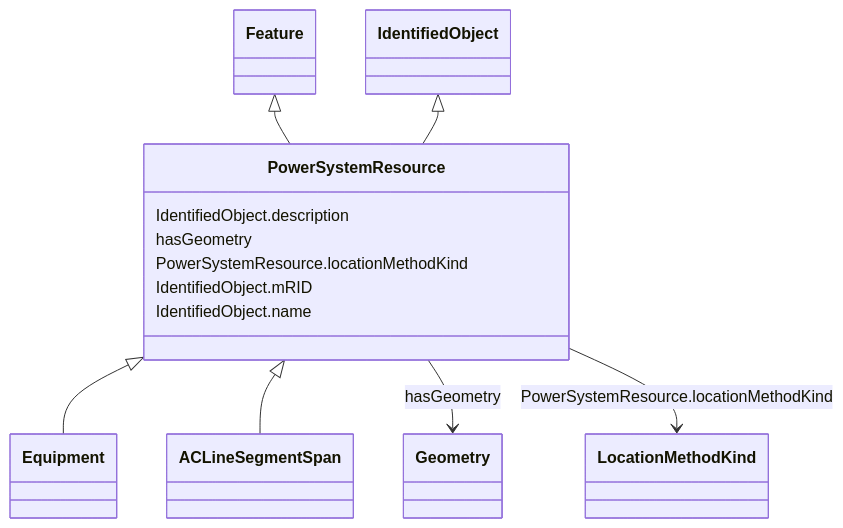
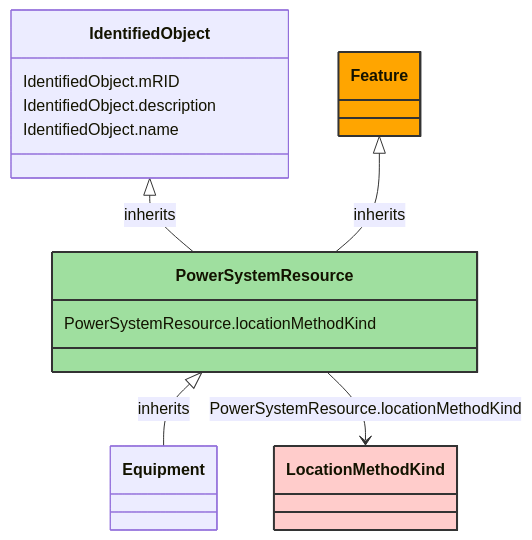
Before and after one commit to 3lbits/NoCIMExtensions: the diagram in docs/AviationObstacle/PowerSystemResource.md, drawn with Mermaid. The commit also changed other lines of this file and 177 other files, not shown here.

````diff
--- a/docs/AviationObstacle/PowerSystemResource.md
+++ b/docs/AviationObstacle/PowerSystemResource.md
@@ -18,34 +10,34 @@
 ```mermaid
- classDiagram
+classDiagram
     class PowerSystemResource
-    click PowerSystemResource href "../PowerSystemResource"
-      Feature <|-- PowerSystemResource
-        click Feature href "../Feature"
-      IdentifiedObject <|-- PowerSystemResource
-        click IdentifiedObject href "../IdentifiedObject"
-      
+    click PowerSystemResource href "/AviationObstacle/PowerSystemResource/"
+    style PowerSystemResource fill:#9fdf9f,stroke:#333,stroke-width:2px,rx:10,ry:10
 
-      PowerSystemResource <|-- Equipment
-        click Equipment href "../Equipment"
-      PowerSystemResource <|-- ACLineSegmentSpan
-        click ACLineSegmentSpan href "../ACLineSegmentSpan"
-      
-      
-      PowerSystemResource : IdentifiedObject.description
-        
-      PowerSystemResource : hasGeometry
-        
-          PowerSystemResource --> Geometry : hasGeometry
-          click Geometry href "../Geometry"
-        
-      PowerSystemResource : PowerSystemResource.locationMethodKind
-        
-          PowerSystemResource --> LocationMethodKind : PowerSystemResource.locationMethodKind
-          click LocationMethodKind href "../LocationMethodKind"
-        
-      PowerSystemResource : IdentifiedObject.mRID
-        
-      PowerSystemResource : IdentifiedObject.name
-        
-      
+        PowerSystemResource <|-- Equipment : inherits
+            click PowerSystemResource href "/AviationObstacle/PowerSystemResource/"
+            style PowerSystemResource rx:10,ry:10
+
+        Equipment
+            click Equipment href "/AviationObstacle/Equipment/"
+            style Equipment rx:10,ry:10
+
+        IdentifiedObject <|-- PowerSystemResource : inherits
+            click IdentifiedObject href "/AviationObstacle/IdentifiedObject/"
+            style IdentifiedObject rx:10,ry:10
+
+        Feature <|-- PowerSystemResource : inherits
+            click Feature href "/AviationObstacle/Feature/"
+            style Feature fill:#FFA500,stroke:#333,stroke-width:2px,rx:10,ry:10
+
+
+        PowerSystemResource --> LocationMethodKind : PowerSystemResource.locationMethodKind
+
+        LocationMethodKind
+            click LocationMethodKind href "/AviationObstacle/LocationMethodKind/"
+            style LocationMethodKind fill:#FFCCCB,stroke:#333,stroke-width:2px,rx:10,ry:10
+
+        PowerSystemResource : PowerSystemResource.locationMethodKind
+        IdentifiedObject : IdentifiedObject.mRID
+        IdentifiedObject : IdentifiedObject.description
+        IdentifiedObject : IdentifiedObject.name
 ```
````
